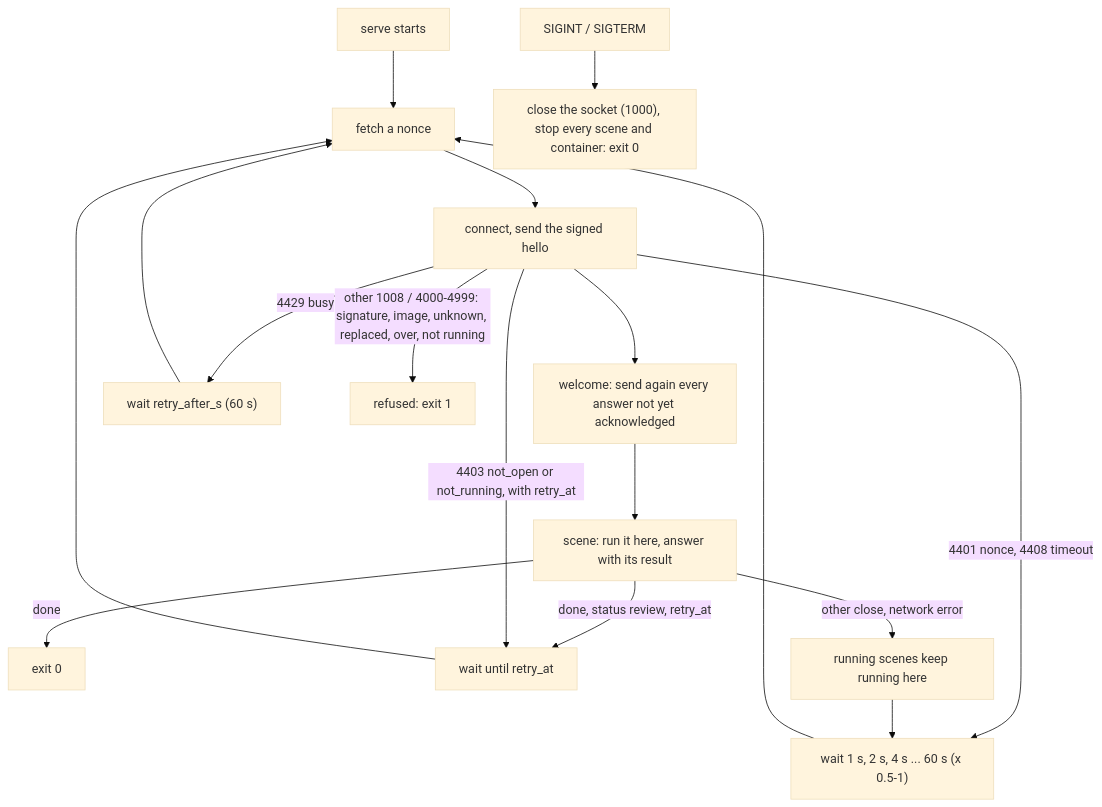
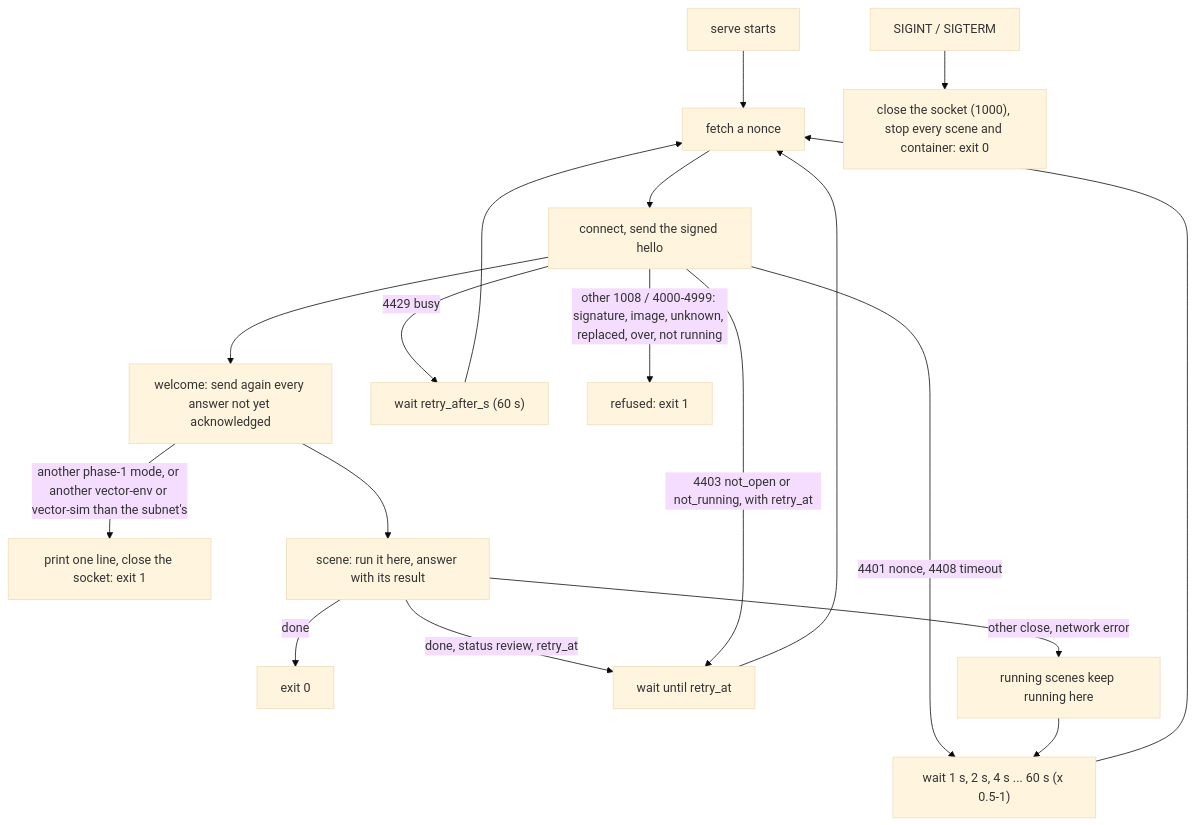
One commit to robotensor/vector-miner changed the third of 4 diagrams in skills/bin-picking/expert/README.md. Above: the diagram before and after it, drawn with Mermaid (base theme). The commit also changed other lines of this file and 11 other files, not shown here.

````diff
--- a/skills/bin-picking/expert/README.md
+++ b/skills/bin-picking/expert/README.md
@@ -285,19 +302,20 @@
 ```mermaid
 flowchart TD
   ST["serve starts"] --> N["fetch a nonce"]
   N --> H["connect, send the signed hello"]
   H --> W["welcome: send again every answer not yet acknowledged"]
+  W -->|"another phase-1 mode, or another vector-env or vector-sim than the subnet's"| MM["print one line, close the socket: exit 1"]
   W --> L["scene: run it here, answer with its result"]
   L -->|"done"| X["exit 0"]
   L -->|"done, status review, retry_at"| RA["wait until retry_at"]
   RA --> N
   H -->|"4429 busy"| BW["wait retry_after_s (60 s)"]
   BW --> N
   H -->|"4403 not_open or not_running, with retry_at"| RA
   H -->|"4401 nonce, 4408 timeout"| B
   H -->|"other 1008 / 4000-4999: signature, image, unknown, replaced, over, not running"| RF["refused: exit 1"]
   L -->|"other close, network error"| K["running scenes keep running here"]
   K --> B["wait 1 s, 2 s, 4 s ... 60 s (x 0.5-1)"]
   B --> N
   SIG["SIGINT / SIGTERM"] --> CL["close the socket (1000), stop every scene and container: exit 0"]
 ```
````
